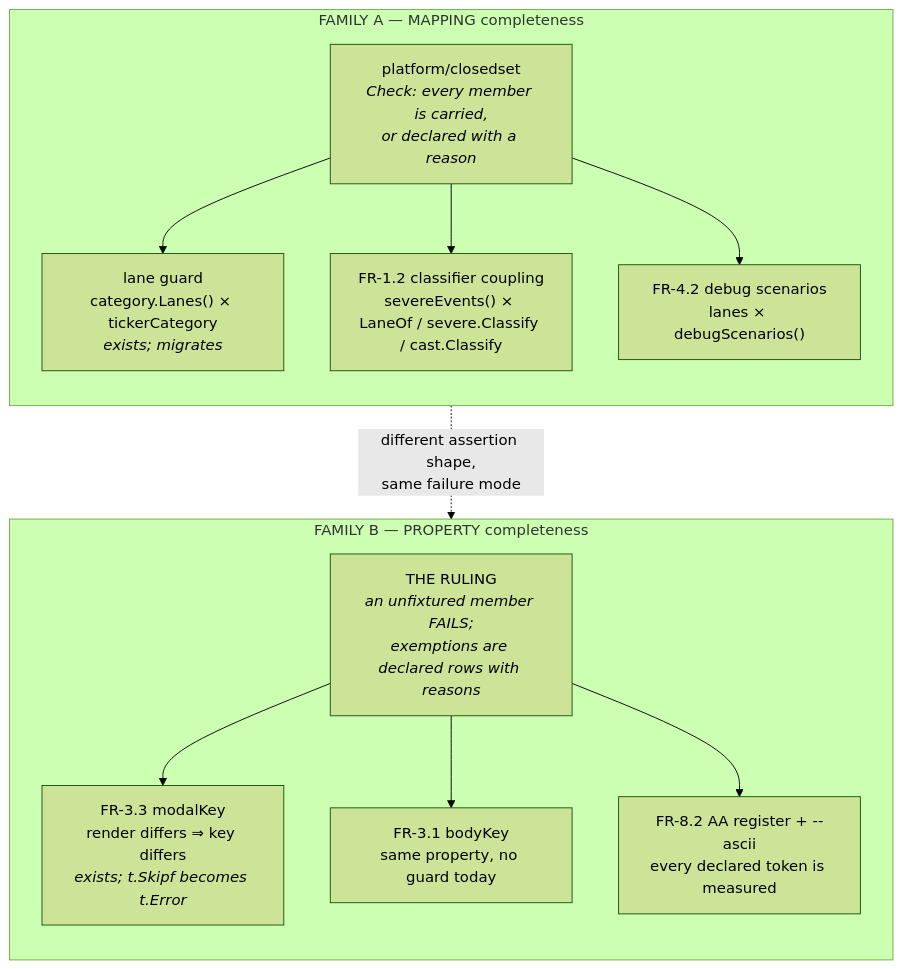
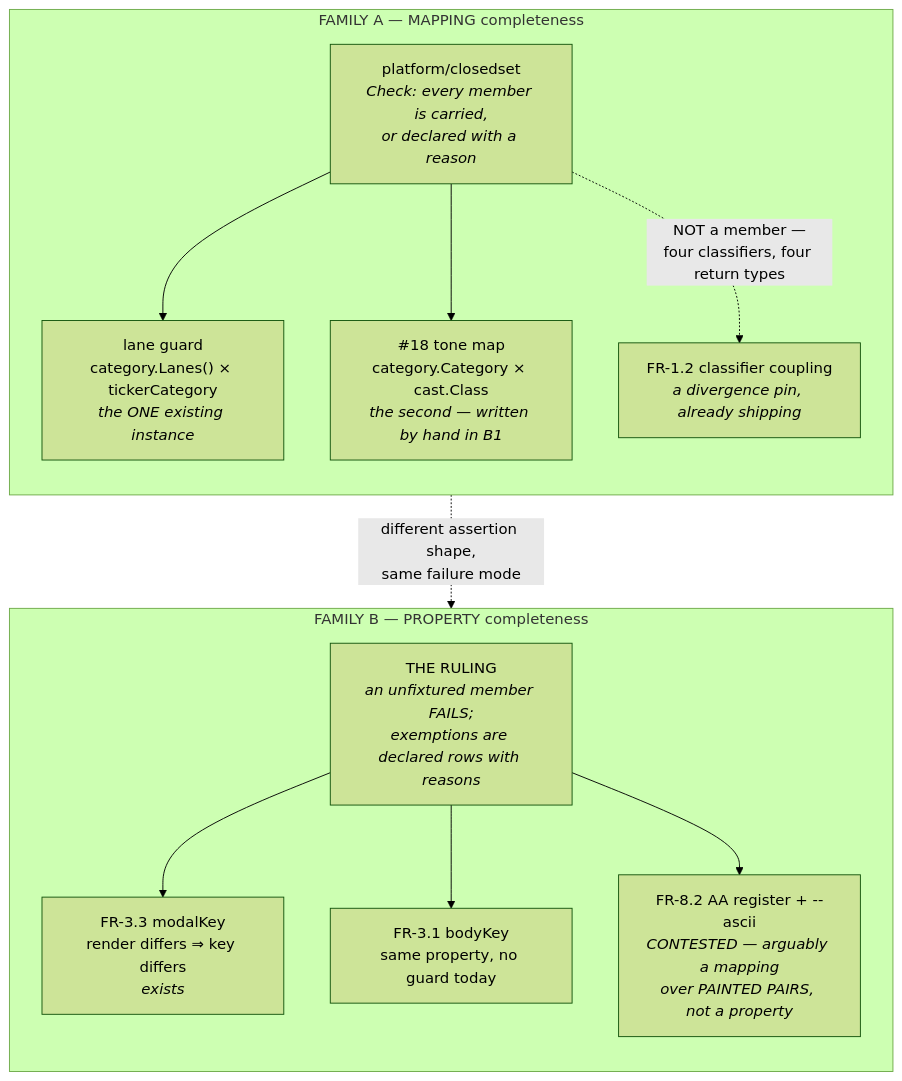
The first of 3 diagrams in 06_docs/02_features/0.15.0-pre-broadcaster-ui-improvements/08-reports/plan-report.md (branden-thompson/watchpost), drawn with Mermaid (forest theme) before and after one commit. The commit also changed other lines of this file and 1 other file, not shown here.

````diff
--- a/06_docs/02_features/0.15.0-pre-broadcaster-ui-improvements/08-reports/plan-report.md
+++ b/06_docs/02_features/0.15.0-pre-broadcaster-ui-improvements/08-reports/plan-report.md
@@ -75,18 +95,18 @@
 ```mermaid
 graph TB
   subgraph FA["FAMILY A — MAPPING completeness"]
     direction TB
     CS["platform/closedset<br/><i>Check: every member is carried,<br/>or declared with a reason</i>"]
-    CS --> A1["lane guard<br/>category.Lanes() × tickerCategory<br/><i>exists; migrates</i>"]
-    CS --> A2["FR-1.2 classifier coupling<br/>severeEvents() × LaneOf / severe.Classify / cast.Classify"]
-    CS --> A3["FR-4.2 debug scenarios<br/>lanes × debugScenarios()"]
+    CS --> A1["lane guard<br/>category.Lanes() × tickerCategory<br/><i>the ONE existing instance</i>"]
+    CS --> A2["#18 tone map<br/>category.Category × cast.Class<br/><i>the second — written by hand in B1</i>"]
+    CS -.->|"NOT a member —<br/>four classifiers, four return types"| A3["FR-1.2 classifier coupling<br/><i>a divergence pin, already shipping</i>"]
   end
   subgraph FB["FAMILY B — PROPERTY completeness"]
     direction TB
     RL["THE RULING<br/><i>an unfixtured member FAILS;<br/>exemptions are declared rows with reasons</i>"]
-    RL --> B1["FR-3.3 modalKey<br/>render differs ⇒ key differs<br/><i>exists; t.Skipf becomes t.Error</i>"]
-    RL --> B2["FR-3.1 bodyKey<br/>same property, no guard today"]
-    RL --> B3["FR-8.2 AA register + --ascii<br/>every declared token is measured"]
+    RL --> FB1["FR-3.3 modalKey<br/>render differs ⇒ key differs<br/><i>exists</i>"]
+    RL --> FB2["FR-3.1 bodyKey<br/>same property, no guard today"]
+    RL --> FB3["FR-8.2 AA register + --ascii<br/><i>CONTESTED — arguably a mapping<br/>over PAINTED PAIRS, not a property</i>"]
   end
   FA -.->|"different assertion shape,<br/>same failure mode"| FB
 ```
````
